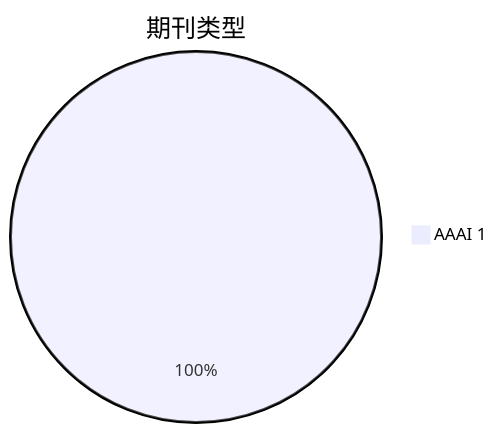
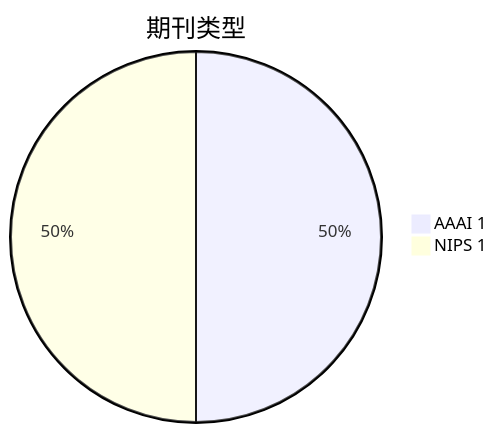
One commit to Elephant-King9/Paper changed the second of 5 diagrams in Attack/Jailbreak/analyse.md. Above: the diagram before and after it, drawn with Mermaid. The commit also changed other lines of this file and 10 other files, not shown here.

````diff
--- a/Attack/Jailbreak/analyse.md
+++ b/Attack/Jailbreak/analyse.md
@@ -23,4 +25,5 @@
 ```mermaid
 pie title 期刊类型
     "AAAI 1" : 1
+    "NIPS 1" : 1
 ```
````
